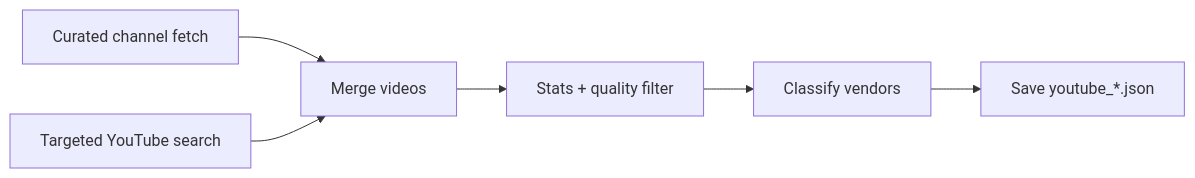
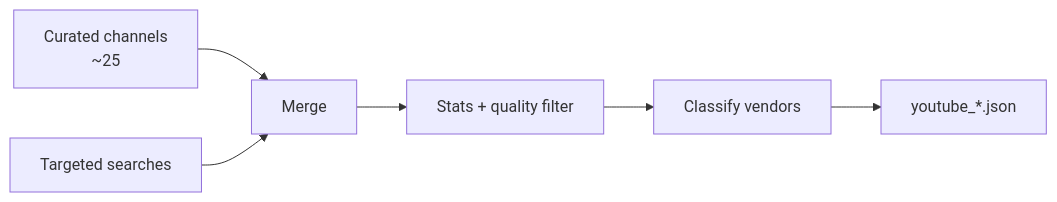
One commit to kobyal/ai-news-briefing changed the tenth of 12 diagrams in README.md. Above: the diagram before and after it, drawn with Mermaid. The commit also changed other lines of this file and 3 other files, not shown here.

````diff
--- a/README.md
+++ b/README.md
@@ -350,8 +335,8 @@
 ```mermaid
 flowchart LR
-    A["Curated channel fetch"] --> C["Merge videos"]
-    B["Targeted YouTube search"] --> C
-    C --> D["Stats + quality filter"]
-    D --> E["Classify vendors"]
-    E --> F["Save youtube_*.json"]
+    A[Curated channels<br/>~25] --> C[Merge]
+    B[Targeted searches] --> C
+    C --> D[Stats + quality filter]
+    D --> E[Classify vendors]
+    E --> F[youtube_*.json]
 ```
````
